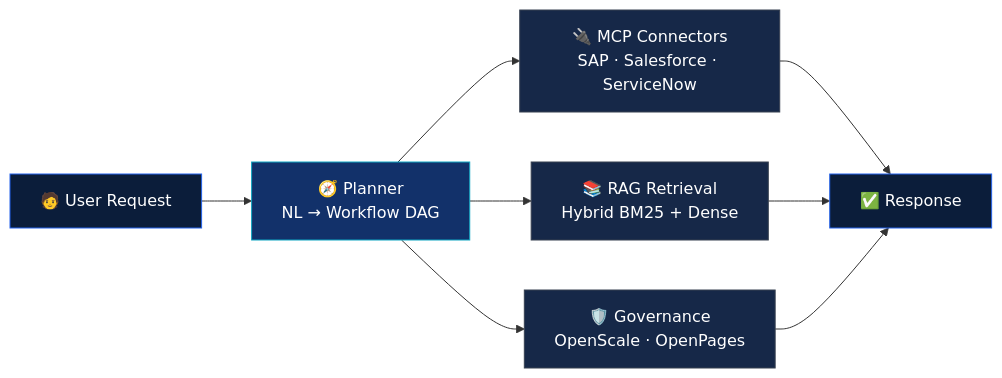
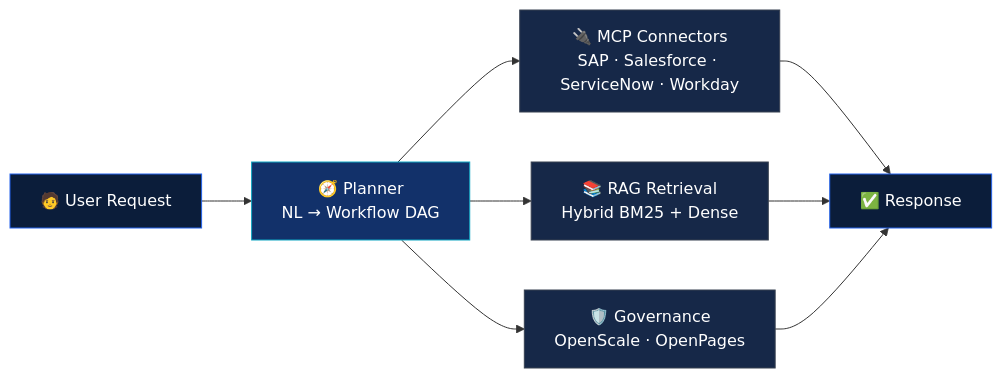
Before and after one commit to chandankumariit/chandankumariit: the diagram in README.md, drawn with Mermaid. The commit also changed other lines of this file, not shown here.

````diff
--- a/README.md
+++ b/README.md
@@ -42,17 +46,17 @@
 ```mermaid
 flowchart LR
     A["🧑 User Request"] --> B["🧭 Planner<br/>NL → Workflow DAG"]
-    B --> C["🔌 MCP Connectors<br/>SAP · Salesforce · ServiceNow"]
+    B --> C["🔌 MCP Connectors<br/>SAP · Salesforce · ServiceNow · Workday"]
     B --> D["📚 RAG Retrieval<br/>Hybrid BM25 + Dense"]
     B --> E["🛡️ Governance<br/>OpenScale · OpenPages"]
     C --> F["✅ Response"]
     D --> F
     E --> F
 
     style A fill:#0B1D3A,stroke:#2563EB,color:#fff
     style F fill:#0B1D3A,stroke:#2563EB,color:#fff
     style B fill:#12316A,stroke:#0EA5C2,color:#fff
     style C fill:#162848,stroke:#374151,color:#fff
     style D fill:#162848,stroke:#374151,color:#fff
     style E fill:#162848,stroke:#374151,color:#fff
 ```
````
